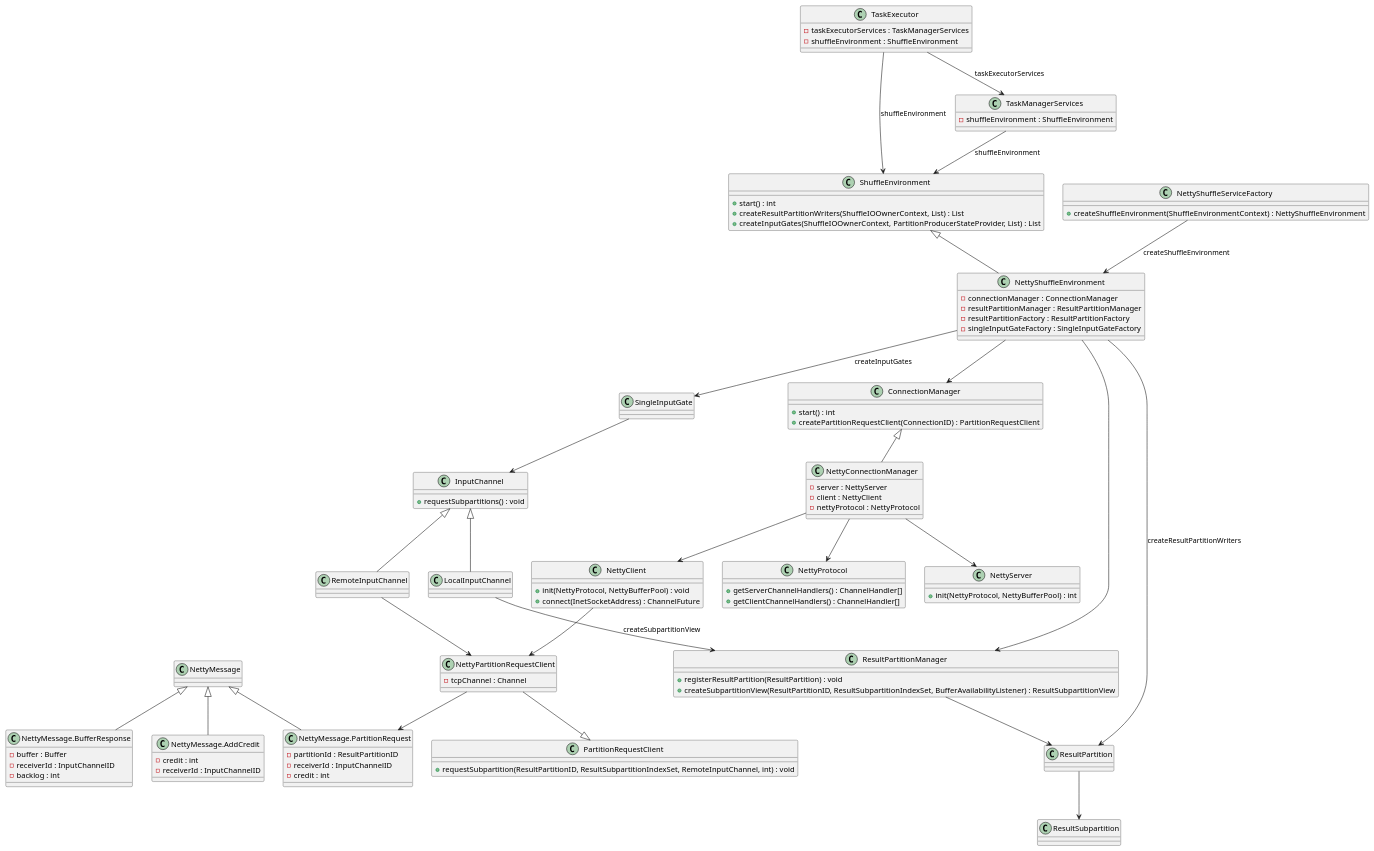
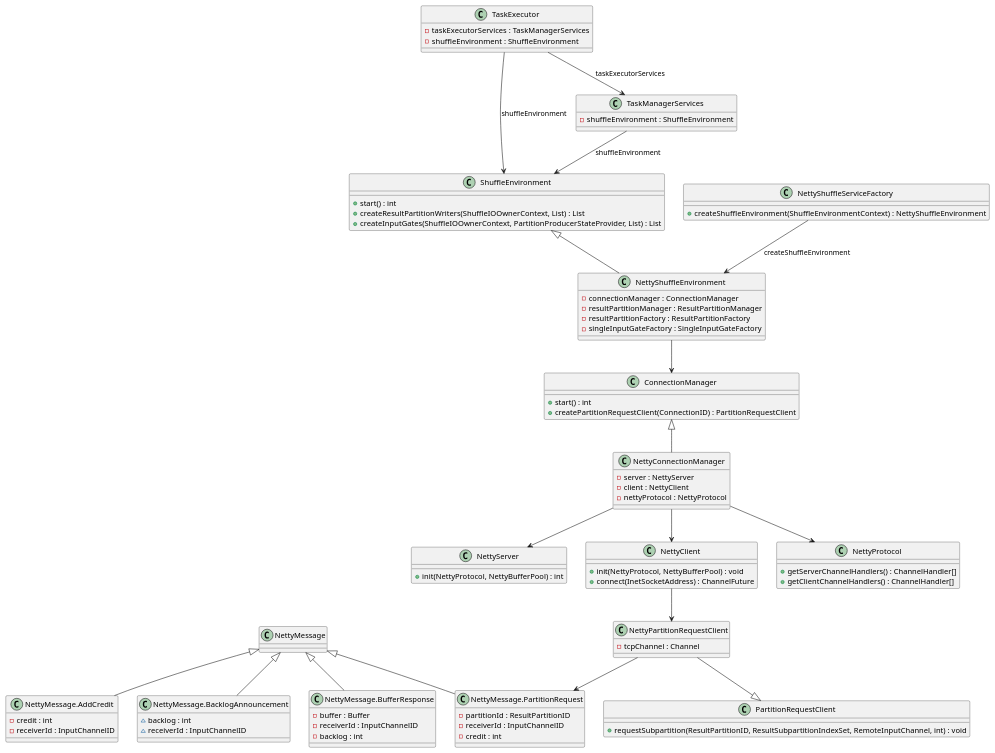
One commit to kevinwang930/kevinwang930.github.io changed the second of 4 diagrams in content/post/data/stream/flink/taskmanager/index.md. Above: the diagram before and after it, drawn with PlantUML. The commit also changed other lines of this file and 3 other files, not shown here.

```diff
--- a/content/post/data/stream/flink/taskmanager/index.md
+++ b/content/post/data/stream/flink/taskmanager/index.md
@@ -167,19 +157,6 @@
   + getServerChannelHandlers() : ChannelHandler[]
   + getClientChannelHandlers() : ChannelHandler[]
 }
-
-class ResultPartitionManager {
-  + registerResultPartition(ResultPartition) : void
-  + createSubpartitionView(ResultPartitionID, ResultSubpartitionIndexSet, BufferAvailabilityListener) : ResultSubpartitionView
-}
-class ResultPartition
-class ResultSubpartition
-class SingleInputGate
-class InputChannel {
-  + requestSubpartitions() : void
-}
-class LocalInputChannel
-class RemoteInputChannel
 class NettyMessage
 class "NettyMessage.PartitionRequest" as PartitionRequest {
   - partitionId : ResultPartitionID
@@ -195,15 +172,18 @@
   - credit : int
   - receiverId : InputChannelID
 }
+class "NettyMessage.BacklogAnnouncement" as BacklogAnnouncement {
+  ~ backlog : int
+  ~ receiverId : InputChannelID
+}
 
 NettyShuffleEnvironment -up-|> ShuffleEnvironment
 NettyConnectionManager -up-|> ConnectionManager
 NettyPartitionRequestClient -down-|> PartitionRequestClient
-LocalInputChannel -up-|> InputChannel
-RemoteInputChannel -up-|> InputChannel
 PartitionRequest -up-|> NettyMessage
 BufferResponse -up-|> NettyMessage
 AddCredit -up-|> NettyMessage
+BacklogAnnouncement -up-|> NettyMessage
 
 TaskExecutor -down-> TaskManagerServices : taskExecutorServices
 TaskManagerServices -down-> ShuffleEnvironment : shuffleEnvironment
@@ -211,20 +191,10 @@
 NettyShuffleServiceFactory --> NettyShuffleEnvironment : createShuffleEnvironment
 
 NettyShuffleEnvironment --> ConnectionManager
-NettyShuffleEnvironment --> ResultPartitionManager
-NettyShuffleEnvironment --> ResultPartition : createResultPartitionWriters
-NettyShuffleEnvironment --> SingleInputGate : createInputGates
-
 NettyConnectionManager --> NettyServer
 NettyConnectionManager --> NettyClient
 NettyConnectionManager --> NettyProtocol
 NettyClient --> NettyPartitionRequestClient
-
-ResultPartitionManager --> ResultPartition
-ResultPartition --> ResultSubpartition
-SingleInputGate --> InputChannel
-LocalInputChannel --> ResultPartitionManager : createSubpartitionView
-RemoteInputChannel --> NettyPartitionRequestClient
 NettyPartitionRequestClient --> PartitionRequest
 
 @enduml
```
